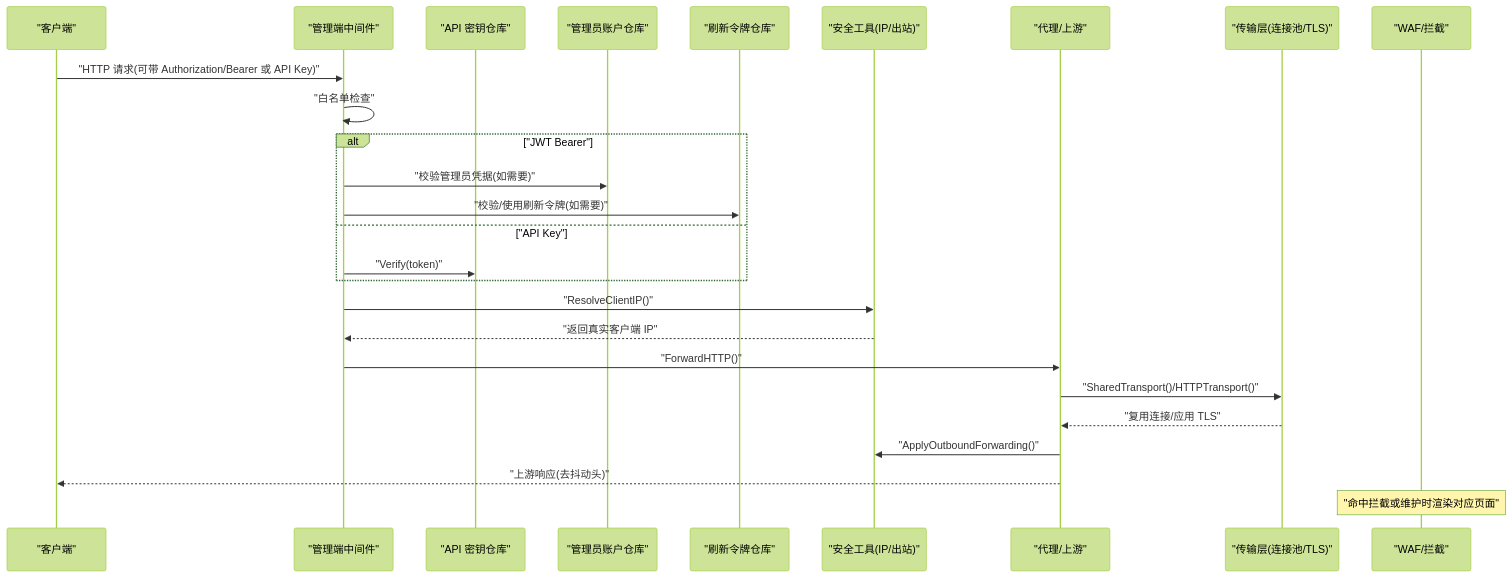
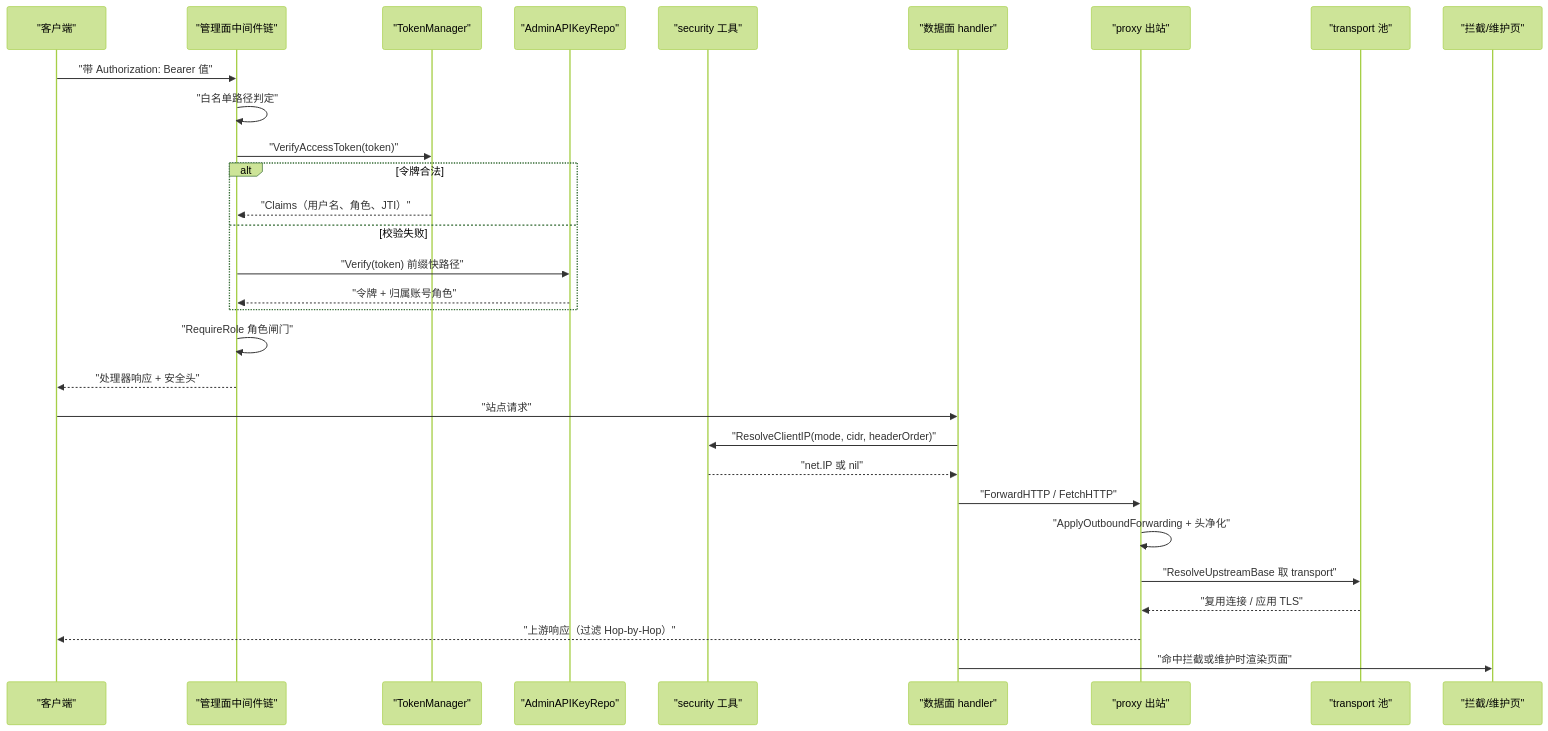
The second of 6 diagrams in docs/安全机制/安全机制.md (x01n/My-OpenWaf), drawn with Mermaid (forest theme) before and after one commit. The commit also changed other lines of this file and 622 other files, not shown here.

````diff
--- a/docs/安全机制/安全机制.md
+++ b/docs/安全机制/安全机制.md
@@ -147,28 +228,32 @@
 ```mermaid
 sequenceDiagram
 participant C as "客户端"
-participant M as "管理端中间件"
-participant K as "API 密钥仓库"
-participant A as "管理员账户仓库"
-participant R as "刷新令牌仓库"
-participant S as "安全工具(IP/出站)"
-participant P as "代理/上游"
-participant T as "传输层(连接池/TLS)"
-participant W as "WAF/拦截"
-C->>M : "HTTP 请求(可带 Authorization/Bearer 或 API Key)"
-M->>M : "白名单检查"
-alt "JWT Bearer"
-M->>A : "校验管理员凭据(如需要)"
-M->>R : "校验/使用刷新令牌(如需要)"
-else "API Key"
-M->>K : "Verify(token)"
+participant M as "管理面中间件链"
+participant TM as "TokenManager"
+participant K as "AdminAPIKeyRepo"
+participant S as "security 工具"
+participant DP as "数据面 handler"
+participant P as "proxy 出站"
+participant T as "transport 池"
+participant W as "拦截/维护页"
+C->>M: "带 Authorization: Bearer 值"
+M->>M: "白名单路径判定"
+M->>TM: "VerifyAccessToken(token)"
+alt 令牌合法
+TM-->>M: "Claims（用户名、角色、JTI）"
+else 校验失败
+M->>K: "Verify(token) 前缀快路径"
+K-->>M: "令牌 + 归属账号角色"
 end
-M->>S : "ResolveClientIP()"
-S-->>M : "返回真实客户端 IP"
-M->>P : "ForwardHTTP()"
-P->>T : "SharedTransport()/HTTPTransport()"
-T-->>P : "复用连接/应用 TLS"
-P->>S : "ApplyOutboundForwarding()"
-P-->>C : "上游响应(去抖动头)"
-note over W : "命中拦截或维护时渲染对应页面"
+M->>M: "RequireRole 角色闸门"
+M-->>C: "处理器响应 + 安全头"
+C->>DP: "站点请求"
+DP->>S: "ResolveClientIP(mode, cidr, headerOrder)"
+S-->>DP: "net.IP 或 nil"
+DP->>P: "ForwardHTTP / FetchHTTP"
+P->>P: "ApplyOutboundForwarding + 头净化"
+P->>T: "ResolveUpstreamBase 取 transport"
+T-->>P: "复用连接 / 应用 TLS"
+P-->>C: "上游响应（过滤 Hop-by-Hop）"
+DP->>W: "命中拦截或维护时渲染页面"
 ```
````
